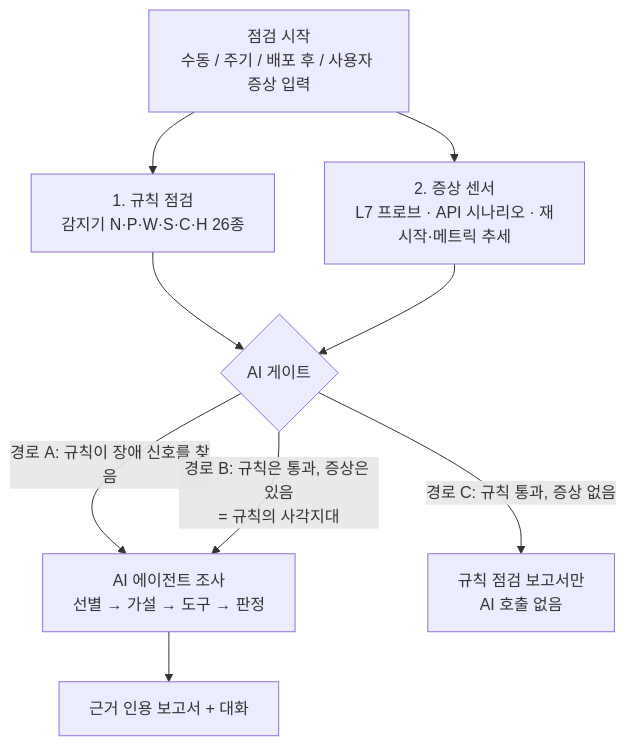
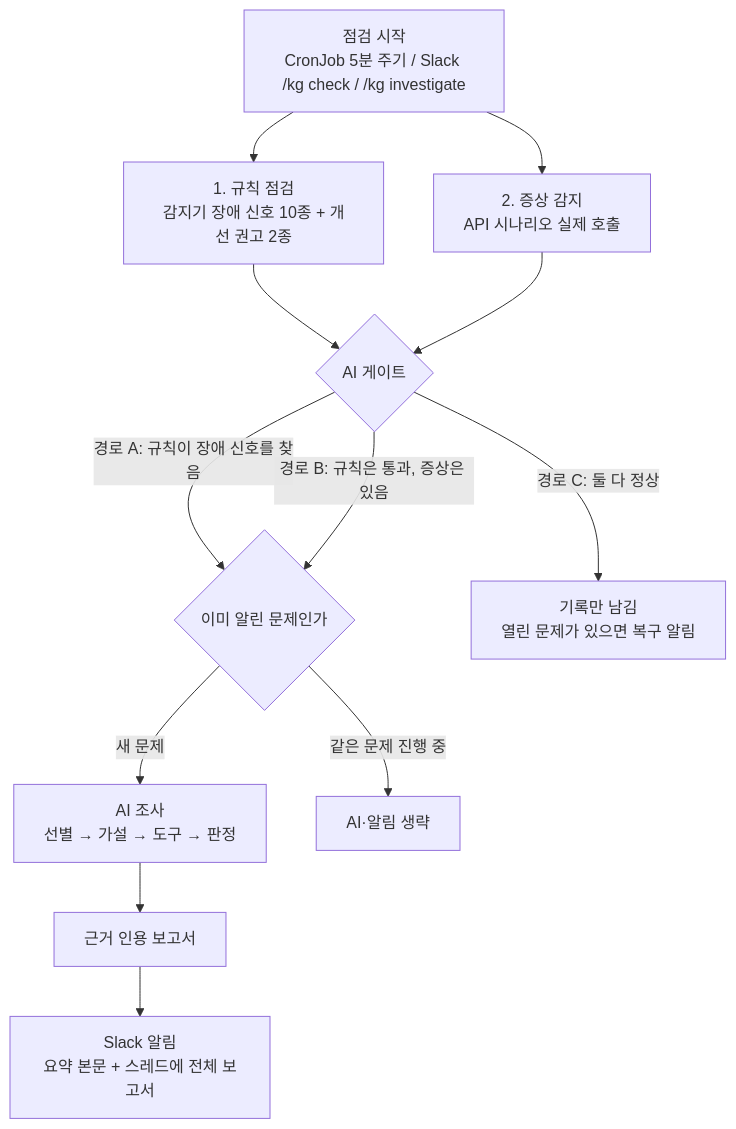
The first of 3 diagrams in docs/01-project-proposal.md (skax-jihyeryu/KubeGuardian), drawn with Mermaid before and after one commit. The commit also changed other lines of this file and 11 other files, not shown here.

````diff
--- a/docs/01-project-proposal.md
+++ b/docs/01-project-proposal.md
@@ -81,11 +79,14 @@
 ```mermaid
 flowchart TB
-    T[점검 시작<br/>수동 / 주기 / 배포 후 / 사용자 증상 입력] --> R[1. 규칙 점검<br/>감지기 N·P·W·S·C·H 26종]
-    T --> S[2. 증상 센서<br/>L7 프로브 · API 시나리오 · 재시작·메트릭 추세]
+    T[점검 시작<br/>CronJob 5분 주기 / Slack /kg check / /kg investigate] --> R[1. 규칙 점검<br/>감지기 장애 신호 10종 + 개선 권고 2종]
+    T --> S[2. 증상 감지<br/>API 시나리오 실제 호출]
     R --> G{AI 게이트}
     S --> G
-    G -->|경로 A: 규칙이 장애 신호를 찾음| AI[AI 에이전트 조사<br/>선별 → 가설 → 도구 → 판정]
-    G -->|경로 B: 규칙은 통과, 증상은 있음<br/>= 규칙의 사각지대| AI
-    G -->|경로 C: 규칙 통과, 증상 없음| OK[규칙 점검 보고서만<br/>AI 호출 없음]
-    AI --> REP[근거 인용 보고서 + 대화]
+    G -->|경로 A: 규칙이 장애 신호를 찾음| D{이미 알린 문제인가}
+    G -->|경로 B: 규칙은 통과, 증상은 있음| D
+    G -->|경로 C: 둘 다 정상| OK[기록만 남김<br/>열린 문제가 있으면 복구 알림]
+    D -->|새 문제| AI[AI 조사<br/>선별 → 가설 → 도구 → 판정]
+    D -->|같은 문제 진행 중| SKIP[AI·알림 생략]
+    AI --> REP[근거 인용 보고서]
+    REP --> N[Slack 알림<br/>요약 본문 + 스레드에 전체 보고서]
 ```
````
